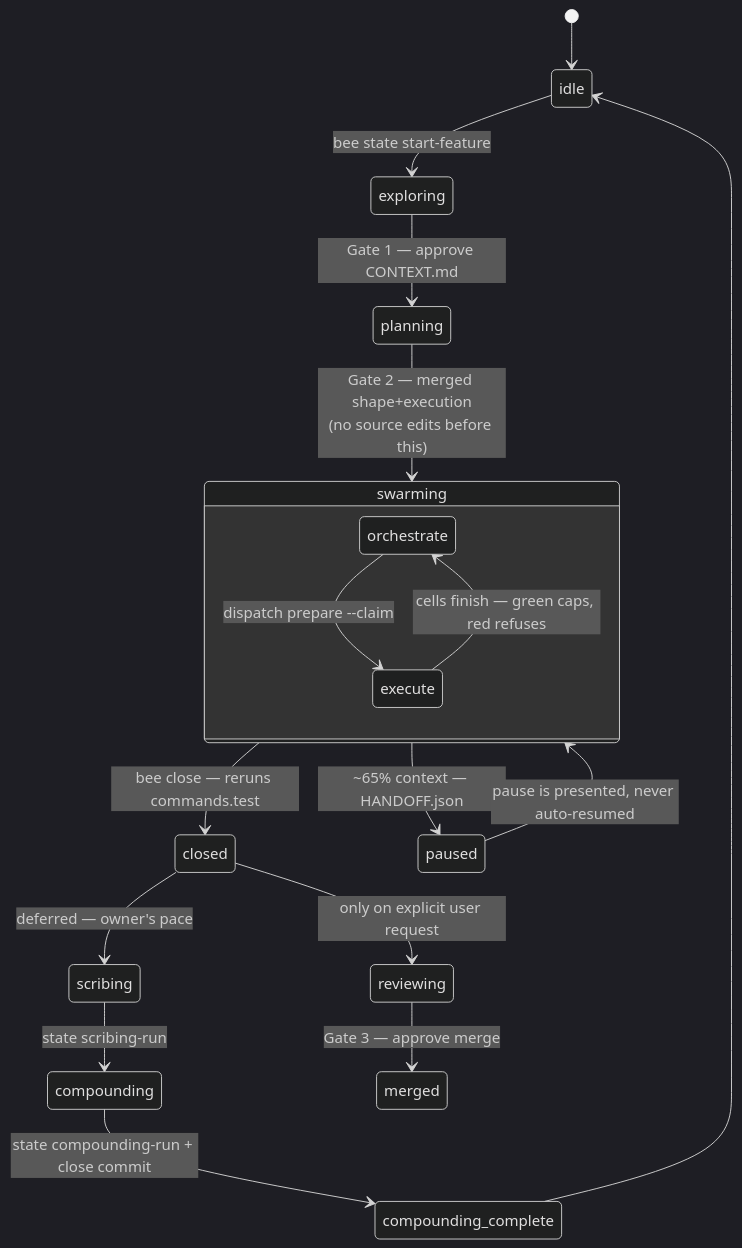
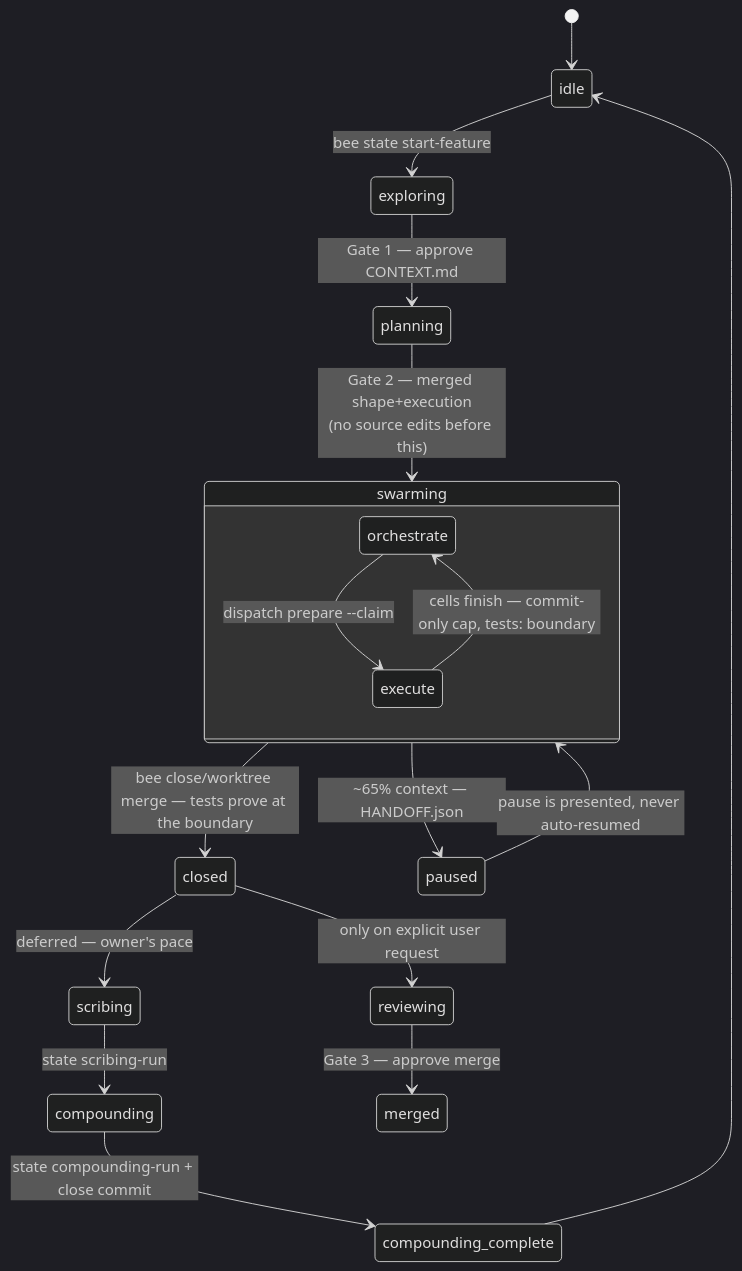
The second of 6 diagrams in docs/handbook/architecture-map.md (thanhsmind/beehive), drawn with Mermaid (dark theme) before and after one commit. The commit also changed other lines of this file and 19 other files, not shown here.

First line of the commit message:
Sync instruction surfaces to boundary-only test cadence wording

````diff
--- a/docs/handbook/architecture-map.md
+++ b/docs/handbook/architecture-map.md
@@ -84,22 +84,22 @@
 ```mermaid
 stateDiagram-v2
     direction TB
     [*] --> idle
     idle --> exploring : bee state start-feature
     exploring --> planning : Gate 1 — approve CONTEXT.md
     planning --> swarming : Gate 2 — merged shape+execution<br/>(no source edits before this)
     state swarming {
         direction TB
         orchestrate --> execute : dispatch prepare --claim
-        execute --> orchestrate : cells finish — green caps, red refuses
+        execute --> orchestrate : cells finish — commit-only cap, tests: boundary
     }
-    swarming --> closed : bee close — reruns commands.test
+    swarming --> closed : bee close/worktree merge — tests prove at the boundary
     closed --> scribing : deferred — owner's pace
     scribing --> compounding : state scribing-run
     compounding --> compounding_complete : state compounding-run + close commit
     compounding_complete --> idle
     closed --> reviewing : only on explicit user request
     reviewing --> merged : Gate 3 — approve merge
     swarming --> paused : ~65% context — HANDOFF.json
     paused --> swarming : pause is presented, never auto-resumed
 ```
````
